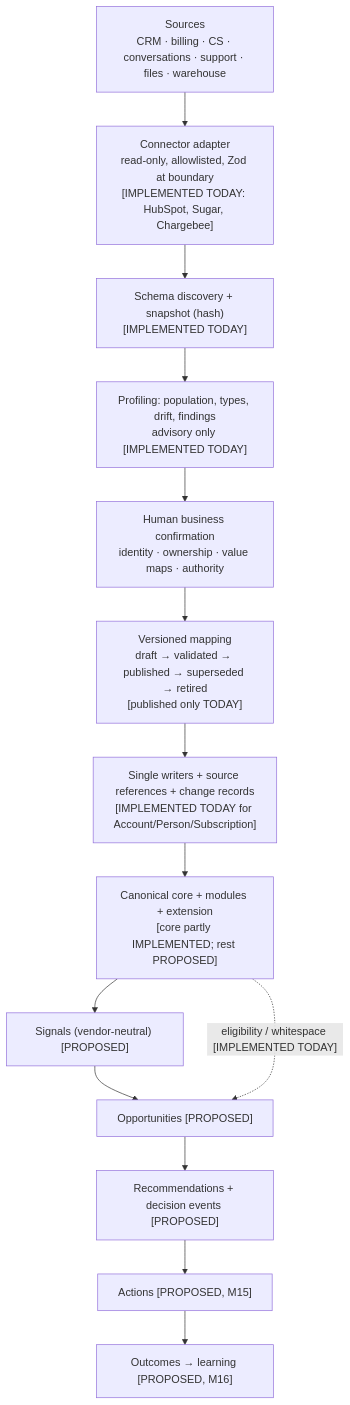
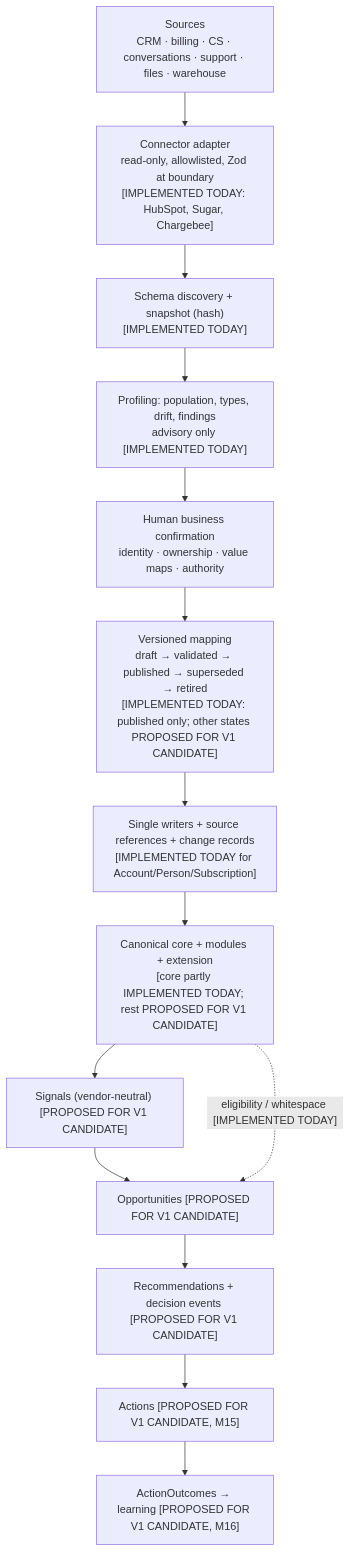
One commit to dataanalystram/revenueintelligence changed the first of 5 diagrams in docs/architecture/canonical-v1/CANDIDATE.md. Above: the diagram before and after it, drawn with Mermaid. The commit also changed other lines of this file and 9 other files, not shown here.

First line of the commit message:
M9E E11: consistency and architecture pressure check (documentation only)

````diff
--- a/docs/architecture/canonical-v1/CANDIDATE.md
+++ b/docs/architecture/canonical-v1/CANDIDATE.md
@@ -40,19 +41,19 @@
 ```mermaid
 flowchart TD
   S["Sources<br/>CRM · billing · CS · conversations · support · files · warehouse"]
   C["Connector adapter<br/>read-only, allowlisted, Zod at boundary<br/>[IMPLEMENTED TODAY: HubSpot, Sugar, Chargebee]"]
   D["Schema discovery + snapshot (hash)<br/>[IMPLEMENTED TODAY]"]
   P["Profiling: population, types, drift, findings<br/>advisory only [IMPLEMENTED TODAY]"]
   H["Human business confirmation<br/>identity · ownership · value maps · authority"]
-  M["Versioned mapping<br/>draft → validated → published → superseded → retired<br/>[published only TODAY]"]
+  M["Versioned mapping<br/>draft → validated → published → superseded → retired<br/>[IMPLEMENTED TODAY: published only; other states PROPOSED FOR V1 CANDIDATE]"]
   W["Single writers + source references + change records<br/>[IMPLEMENTED TODAY for Account/Person/Subscription]"]
-  K["Canonical core + modules + extension<br/>[core partly IMPLEMENTED; rest PROPOSED]"]
-  SG["Signals (vendor-neutral) [PROPOSED]"]
-  O["Opportunities [PROPOSED]"]
-  R["Recommendations + decision events [PROPOSED]"]
-  A["Actions [PROPOSED, M15]"]
-  OU["Outcomes → learning [PROPOSED, M16]"]
+  K["Canonical core + modules + extension<br/>[core partly IMPLEMENTED TODAY; rest PROPOSED FOR V1 CANDIDATE]"]
+  SG["Signals (vendor-neutral) [PROPOSED FOR V1 CANDIDATE]"]
+  O["Opportunities [PROPOSED FOR V1 CANDIDATE]"]
+  R["Recommendations + decision events [PROPOSED FOR V1 CANDIDATE]"]
+  A["Actions [PROPOSED FOR V1 CANDIDATE, M15]"]
+  OU["ActionOutcomes → learning [PROPOSED FOR V1 CANDIDATE, M16]"]
   S --> C --> D --> P --> H --> M --> W --> K
   K --> SG --> O --> R --> A --> OU
   K -.->|"eligibility / whitespace [IMPLEMENTED TODAY]"| O
 ```
````
